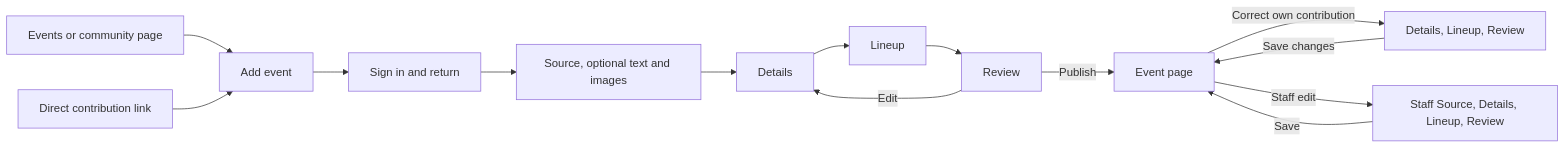
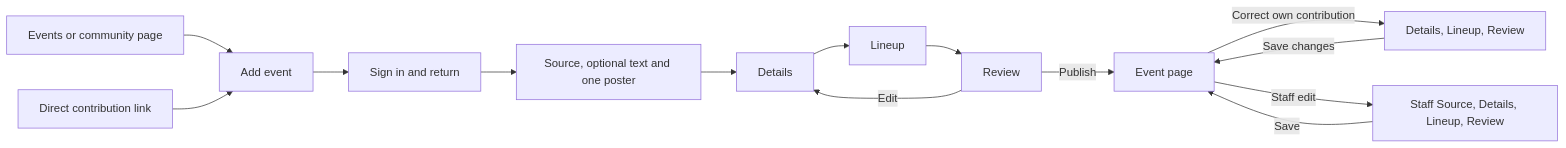
The second of 2 diagrams in docs/backend/event-intake.md (BASIC-BIT/VRDex), drawn with Mermaid before and after one commit. The commit also changed other lines of this file and 3 other files, not shown here.

````diff
--- a/docs/backend/event-intake.md
+++ b/docs/backend/event-intake.md
@@ -144,16 +148,16 @@
 ```mermaid
 flowchart LR
   A[Events or community page] --> B[Add event]
   C[Direct contribution link] --> B
   B --> D[Sign in and return]
-  D --> E[Source, optional text and images]
+  D --> E[Source, optional text and one poster]
   E --> F[Details]
   F --> G[Lineup]
   G --> H[Review]
   H -->|Edit| F
   H -->|Publish| I[Event page]
   I -->|Correct own contribution| J[Details, Lineup, Review]
   J -->|Save changes| I
   I -->|Staff edit| K[Staff Source, Details, Lineup, Review]
   K -->|Save| I
 ```
````
